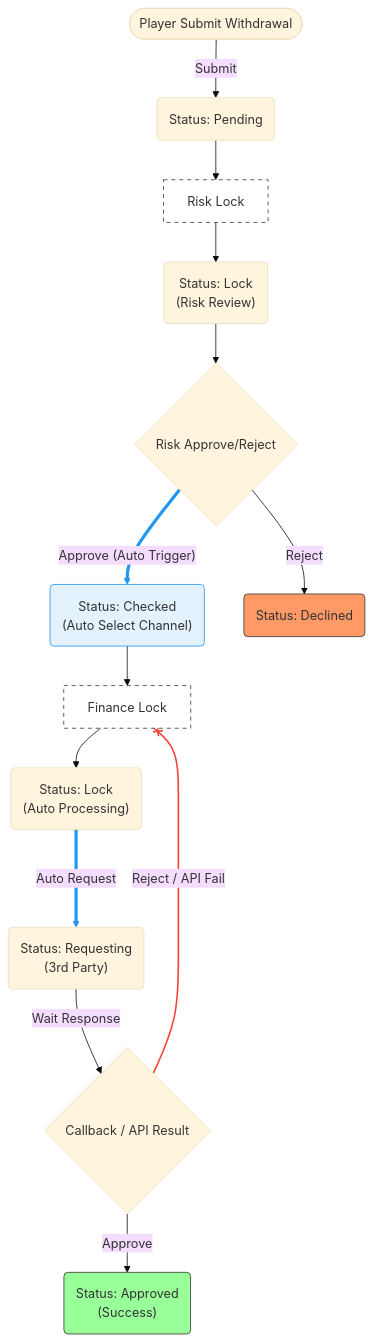
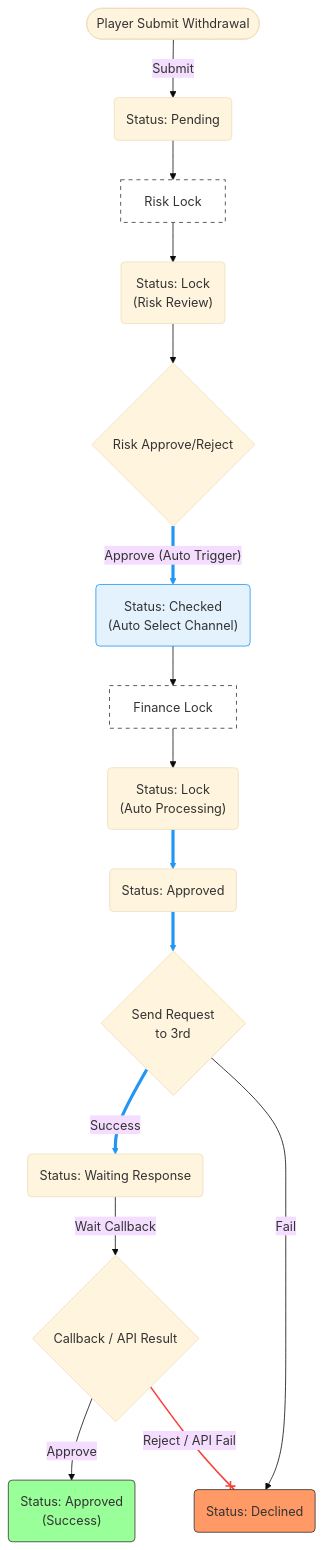
The second of 2 diagrams in no99_archive/sitflowchart.md (almightyken0425/SuSuGiGiSpec), drawn with Mermaid (base theme) before and after one commit. The commit also changed other lines of this file, not shown here.

````diff
--- a/no99_archive/sitflowchart.md
+++ b/no99_archive/sitflowchart.md
@@ -87,69 +93,78 @@
 ```mermaid
 graph TD
     %% 節點定義
     StartAuto(["Player Submit Withdrawal"])
     PendingAuto("Status: Pending")
     
     RiskLockActionBoxAuto["Risk Lock"]
     RiskLockAuto("Status: Lock<br/>(Risk Review)")
     
     RiskActionAuto{"Risk Approve/Reject"}
     ApproveAuto("Status: Checked<br/>(Auto Select Channel)")
     
     FinanceLockActionBoxAuto["Finance Lock"]
     FinanceLockAuto("Status: Lock<br/>(Auto Processing)")
+    
+    FinanceApprovedAuto("Status: Approved")
+    RequestActionAuto{"Send Request<br/>to 3rd"}
+    WaitResponseAuto("Status: Waiting Response")
 
-    ApproveReqAuto("Status: Requesting<br/>(3rd Party)")
     DeclineAuto("Status: Declined")
     SuccessAuto("Status: Approved<br/>(Success)")
     CallbackAuto{"Callback / API Result"}
 
     StartAuto -->|"Submit"| PendingAuto
     
     PendingAuto --> RiskLockActionBoxAuto
     RiskLockActionBoxAuto --> RiskLockAuto
     
     RiskLockAuto --> RiskActionAuto
     
     %% 高亮自動化路徑
     RiskActionAuto ==>|"Approve (Auto Trigger)"| ApproveAuto
     
     ApproveAuto --> FinanceLockActionBoxAuto
     FinanceLockActionBoxAuto --> FinanceLockAuto
     
-    FinanceLockAuto ===>|"Auto Request"| ApproveReqAuto
-
-    RiskActionAuto -->|"Reject"| DeclineAuto
+    FinanceLockAuto ==> FinanceApprovedAuto
+    FinanceApprovedAuto ==> RequestActionAuto
     
-    ApproveReqAuto -->|"Wait Response"| CallbackAuto
+    RequestActionAuto ==>|"Success"| WaitResponseAuto
+    RequestActionAuto -->|"Fail"| DeclineAuto
+    
+    WaitResponseAuto -->|"Wait Callback"| CallbackAuto
 
     CallbackAuto -->|"Approve"| SuccessAuto
     
     %% 高亮報廢路徑
-    CallbackAuto --x|"Reject / API Fail"| FinanceLockActionBoxAuto
+    CallbackAuto --x|"Reject / API Fail"| DeclineAuto
 
     %% 樣式與連結美化
     %% linkStyle 索引 (基於連接線出現順序):
     %% 0: StartAuto -> PendingAuto
     %% 1: PendingAuto -> RiskLockActionBoxAuto
     %% 2: RiskLockActionBoxAuto -> RiskLockAuto
     %% 3: RiskLockAuto -> RiskActionAuto
     %% 4: RiskActionAuto ==> ApproveAuto
     %% 5: ApproveAuto --> FinanceLockActionBoxAuto
     %% 6: FinanceLockActionBoxAuto --> FinanceLockAuto
-    %% 7: FinanceLockAuto ===> ApproveReqAuto
-    %% 8: RiskActionAuto --> DeclineAuto
-    %% 9: ApproveReqAuto --> CallbackAuto
-    %% 10: CallbackAuto --> SuccessAuto
-    %% 11: CallbackAuto --x FinanceLockActionBoxAuto
+    %% 7: FinanceLockAuto ==> FinanceApprovedAuto
+    %% 8: FinanceApprovedAuto ==> RequestActionAuto
+    %% 9: RequestActionAuto ==> WaitResponseAuto
+    %% 10: RequestActionAuto --> DeclineAuto
+    %% 11: WaitResponseAuto --> CallbackAuto
+    %% 12: CallbackAuto --> SuccessAuto
+    %% 13: CallbackAuto --x DeclineAuto
 
     linkStyle 4 stroke:#2196f3,stroke-width:4px;
     linkStyle 7 stroke:#2196f3,stroke-width:4px;
-    linkStyle 11 stroke:#f44336,stroke-width:2px;
+    linkStyle 8 stroke:#2196f3,stroke-width:4px;
+    linkStyle 9 stroke:#2196f3,stroke-width:4px;
+    linkStyle 13 stroke:#f44336,stroke-width:2px;
 
     style DeclineAuto fill:#f96,stroke:#333
     style SuccessAuto fill:#9f9,stroke:#333
     style ApproveAuto fill:#e3f2fd,stroke:#2196f3
     style RiskLockActionBoxAuto fill:#fff,stroke:#333,stroke-dasharray: 5 5
     style FinanceLockActionBoxAuto fill:#fff,stroke:#333,stroke-dasharray: 5 5
 ```
````
